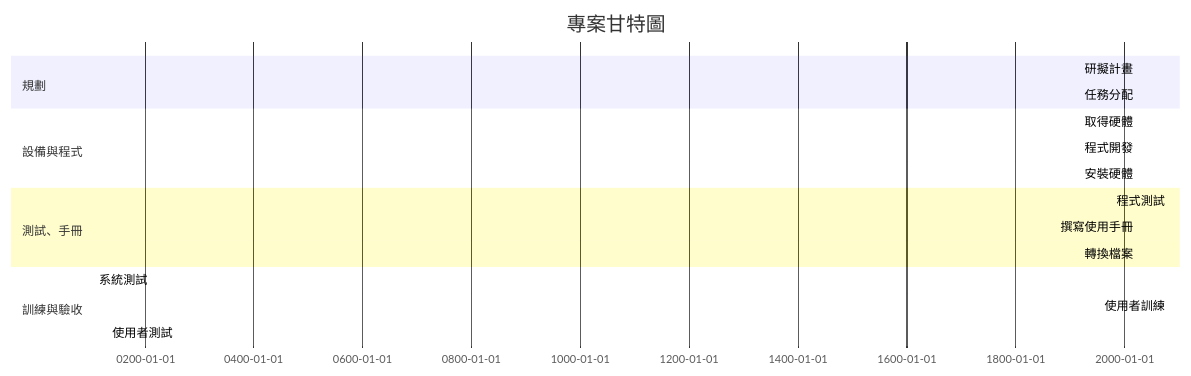
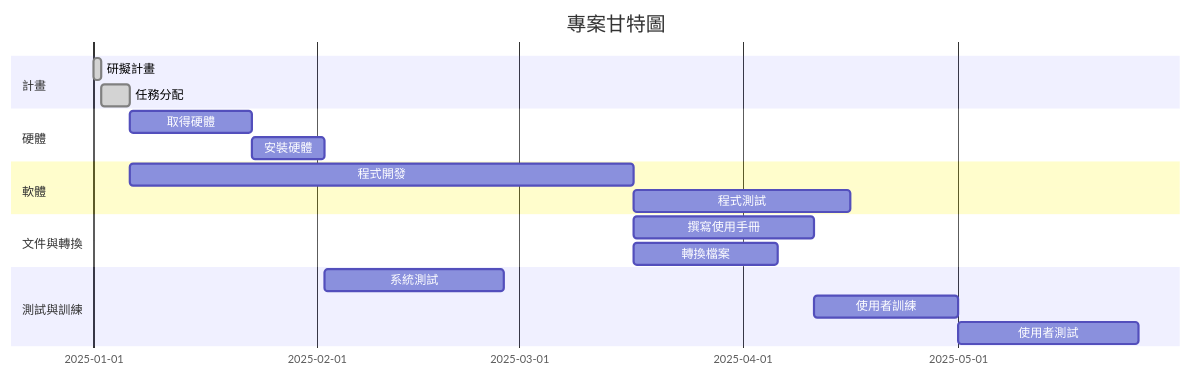
One commit to renhao1203/hao changed the second of 2 diagrams in hw2.md. Above: the diagram before and after it, drawn with Mermaid. The commit also changed other lines of this file, not shown here.

````diff
--- a/hw2.md
+++ b/hw2.md
@@ -31,21 +31,28 @@
 ``` mermaid
 gantt
     title 專案甘特圖
-    dateFormat  D
-    section 規劃
-    研擬計畫        :done,  des1, 1, 1d
-    任務分配        :done,  des2, 2, 4d
-    section 設備與程式
-    取得硬體        :done,  des3, 2, 17d
-    程式開發        :active,des4, 6, 70d
-    安裝硬體        :         des5, 19, 10d
-    section 測試、手冊
-    程式測試        :         des6, 76, 30d
-    撰寫使用手冊    :         des7, 29, 25d
-    轉換檔案        :         des8, 29, 20d
-    section 訓練與驗收
-    系統測試        :         des9, 106, 25d
-    使用者訓練      :         des10, 54, 20d
-    使用者測試      :         des11, 131, 25d
+    dateFormat YYYY-MM-DD
+    section 計畫
+    研擬計畫 : done, a1, 2025-01-01, 1d 
+    任務分配 : done, a2, after a1, 4d
+
+
+    section 硬體
+    取得硬體 : a3, after a2, 17d 
+    安裝硬體 : a5, after a3, 10d
+
+
+    section 軟體
+    程式開發 :a4, after a2, 70d
+    程式測試 :a6, after a4, 30d
+ 
+    section 文件與轉換
+    撰寫使用手冊  : a7,after a4,25d
+    轉換檔案     : a8,after a4,20d
+
+    section 測試與訓練
+    系統測試 : a9, after a5 аб, 25d
+    使用者訓練 :a10,after a7 a8, 20d
+    使用者測試 :a11, after a9 a10, 25d
 
 ```
````
